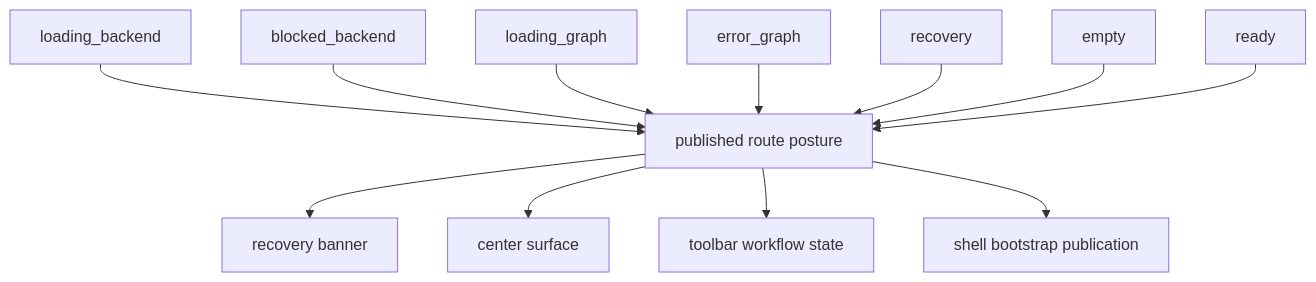
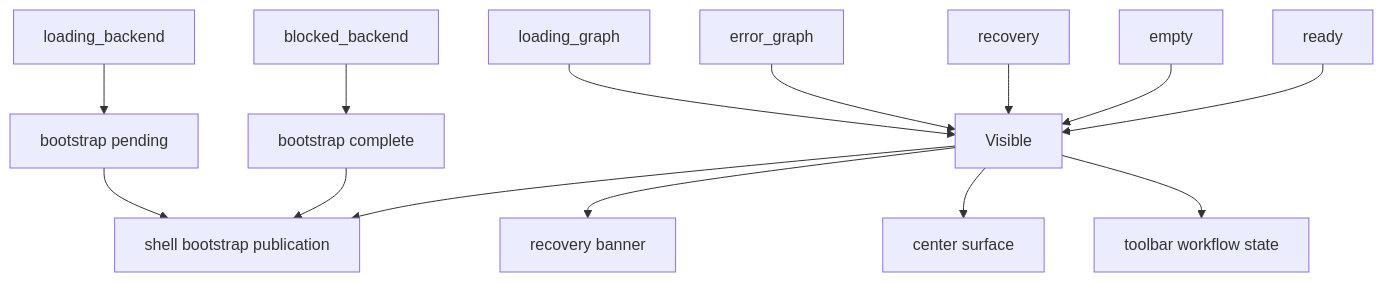
The second of 2 diagrams in docs/architecture/components/web/graph/canvas-route-presentation-component.md (dunay2/dvt), drawn with Mermaid before and after one commit. The commit also changed other lines of this file and 37 other files, not shown here.

Commit message:
fix(web): Allow shell startup through backend degradation

````diff
--- a/docs/architecture/components/web/graph/canvas-route-presentation-component.md
+++ b/docs/architecture/components/web/graph/canvas-route-presentation-component.md
@@ -123,15 +123,17 @@
 ```mermaid
 flowchart TD
-  BackendPending["loading_backend"] --> Visible["published route posture"]
-  BackendBlocked["blocked_backend"] --> Visible
+  BackendPending["loading_backend"] --> ShellPending["bootstrap pending"]
+  BackendBlocked["blocked_backend"] --> ShellComplete["bootstrap complete"]
   GraphLoading["loading_graph"] --> Visible
   GraphError["error_graph"] --> Visible
   Recovery["recovery"] --> Visible
   Empty["empty"] --> Visible
   Ready["ready"] --> Visible
 
+  ShellPending --> Bootstrap["shell bootstrap publication"]
+  ShellComplete --> Bootstrap["shell bootstrap publication"]
   Visible --> Banner["recovery banner"]
   Visible --> Center["center surface"]
   Visible --> Toolbar["toolbar workflow state"]
   Visible --> Bootstrap["shell bootstrap publication"]
 ```
````
